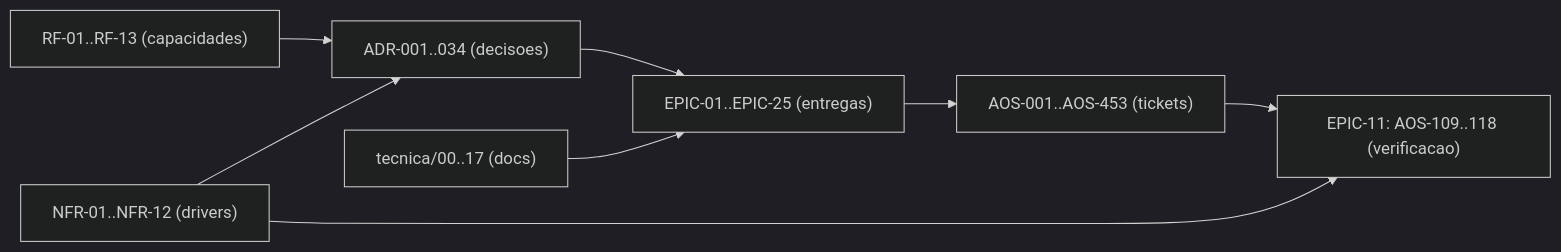
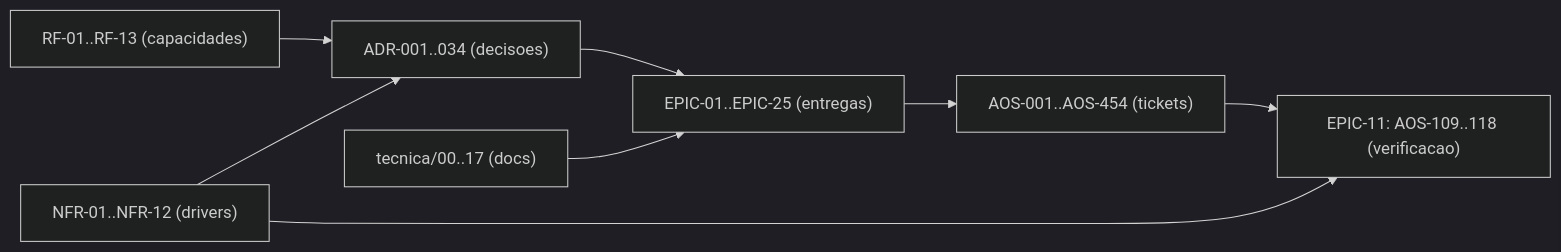
Before and after one commit to albinoJimy/aos: the diagram in tecnica/16_Rastreabilidade_RTM.md, drawn with Mermaid (dark theme). The commit also changed other lines of this file and 5 other files, not shown here.

````diff
--- a/tecnica/16_Rastreabilidade_RTM.md
+++ b/tecnica/16_Rastreabilidade_RTM.md
@@ -197,10 +197,10 @@
 ```mermaid
 flowchart LR
     RF["RF-01..RF-13 (capacidades)"] --> ADR["ADR-001..034 (decisoes)"]
     NFR["NFR-01..NFR-12 (drivers)"] --> ADR
     ADR --> EPIC["EPIC-01..EPIC-25 (entregas)"]
-    EPIC --> TICK["AOS-001..AOS-453 (tickets)"]
+    EPIC --> TICK["AOS-001..AOS-454 (tickets)"]
     DOC["tecnica/00..17 (docs)"] --> EPIC
     TICK --> TEST["EPIC-11: AOS-109..118 (verificacao)"]
     NFR --> TEST
 ```
````
